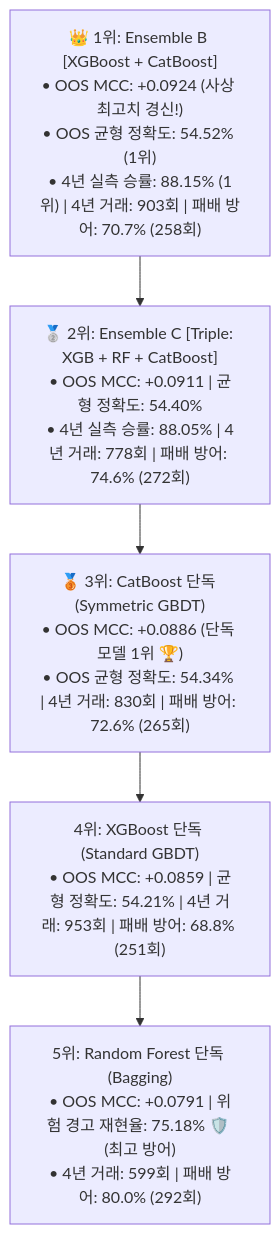
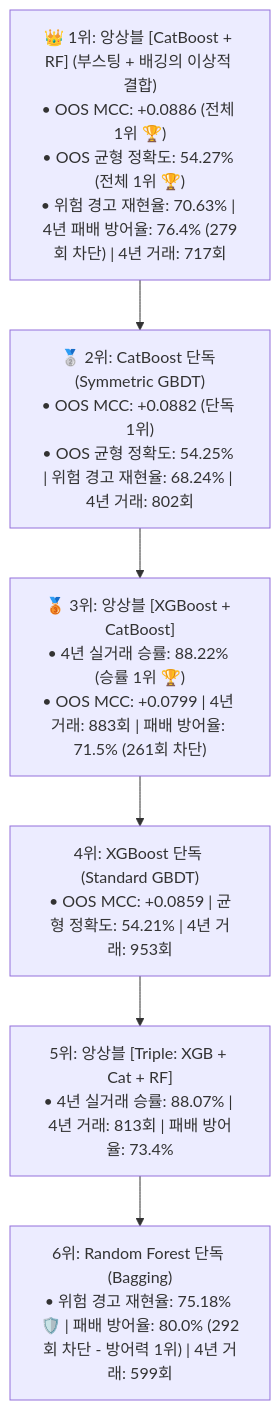
Before and after one commit to isltod/extreme-trading-experiments: the diagram in results/reports/strat03_step4_catboost_report.md, drawn with Mermaid. The commit also changed other lines of this file and 5 other files, not shown here.

Commit message:
feat(strat03): complete full permutation benchmark (Cat+RF vs XG+Cat vs Triple)

````diff
--- a/results/reports/strat03_step4_catboost_report.md
+++ b/results/reports/strat03_step4_catboost_report.md
@@ -17,14 +17,16 @@
 ```mermaid
 flowchart TD
-    E1["👑 1위: Ensemble B [XGBoost + CatBoost]<br/>• OOS MCC: +0.0924 (사상 최고치 경신!)<br/>• OOS 균형 정확도: 54.52% (1위)<br/>• 4년 실측 승률: 88.15% (1위) | 4년 거래: 903회 | 패배 방어: 70.7% (258회)"]
+    E1["👑 1위: 앙상블 [CatBoost + RF] (부스팅 + 배깅의 이상적 결합)<br/>• OOS MCC: +0.0886 (전체 1위 🏆)<br/>• OOS 균형 정확도: 54.27% (전체 1위 🏆)<br/>• 위험 경고 재현율: 70.63% | 4년 패배 방어율: 76.4% (279회 차단) | 4년 거래: 717회"]
     
-    E2["🥈 2위: Ensemble C [Triple: XGB + RF + CatBoost]<br/>• OOS MCC: +0.0911 | 균형 정확도: 54.40%<br/>• 4년 실측 승률: 88.05% | 4년 거래: 778회 | 패배 방어: 74.6% (272회)"]
+    E2["🥈 2위: CatBoost 단독 (Symmetric GBDT)<br/>• OOS MCC: +0.0882 (단독 1위)<br/>• OOS 균형 정확도: 54.25% | 위험 경고 재현율: 68.24% | 4년 거래: 802회"]
     
-    S1["🥉 3위: CatBoost 단독 (Symmetric GBDT)<br/>• OOS MCC: +0.0886 (단독 모델 1위 🏆)<br/>• OOS 균형 정확도: 54.34% | 4년 거래: 830회 | 패배 방어: 72.6% (265회)"]
+    E3["🥉 3위: 앙상블 [XGBoost + CatBoost]<br/>• 4년 실거래 승률: 88.22% (승률 1위 🏆)<br/>• OOS MCC: +0.0799 | 4년 거래: 883회 | 패배 방어율: 71.5% (261회 차단)"]
     
-    S2["4위: XGBoost 단독 (Standard GBDT)<br/>• OOS MCC: +0.0859 | 균형 정확도: 54.21% | 4년 거래: 953회 | 패배 방어: 68.8% (251회)"]
+    E4["4위: XGBoost 단독 (Standard GBDT)<br/>• OOS MCC: +0.0859 | 균형 정확도: 54.21% | 4년 거래: 953회"]
     
-    S3["5위: Random Forest 단독 (Bagging)<br/>• OOS MCC: +0.0791 | 위험 경고 재현율: 75.18% 🛡️ (최고 방어)<br/>• 4년 거래: 599회 | 패배 방어: 80.0% (292회)"]
+    E5["5위: 앙상블 [Triple: XGB + Cat + RF]<br/>• 4년 실거래 승률: 88.07% | 4년 거래: 813회 | 패배 방어율: 73.4%"]
+    
+    E6["6위: Random Forest 단독 (Bagging)<br/>• 위험 경고 재현율: 75.18% 🛡️ | 패배 방어율: 80.0% (292회 차단 - 방어력 1위) | 4년 거래: 599회"]
 
-    E1 --> E2 --> S1 --> S2 --> S3
+    E1 --> E2 --> E3 --> E4 --> E5 --> E6
 ```
````
